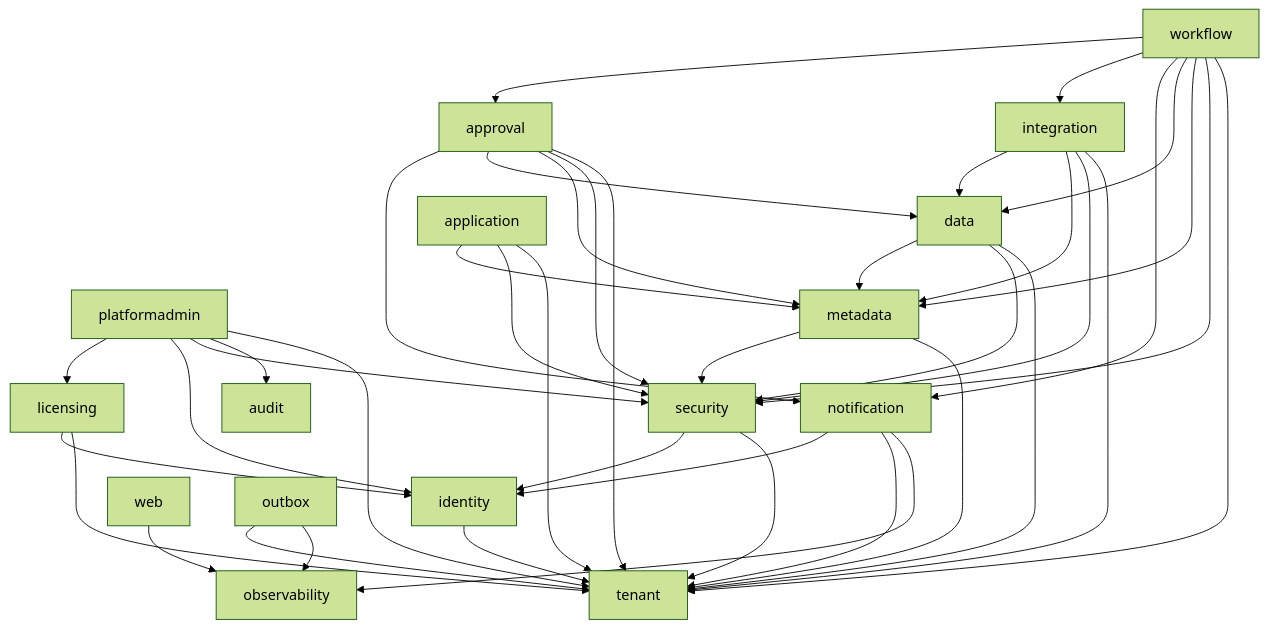
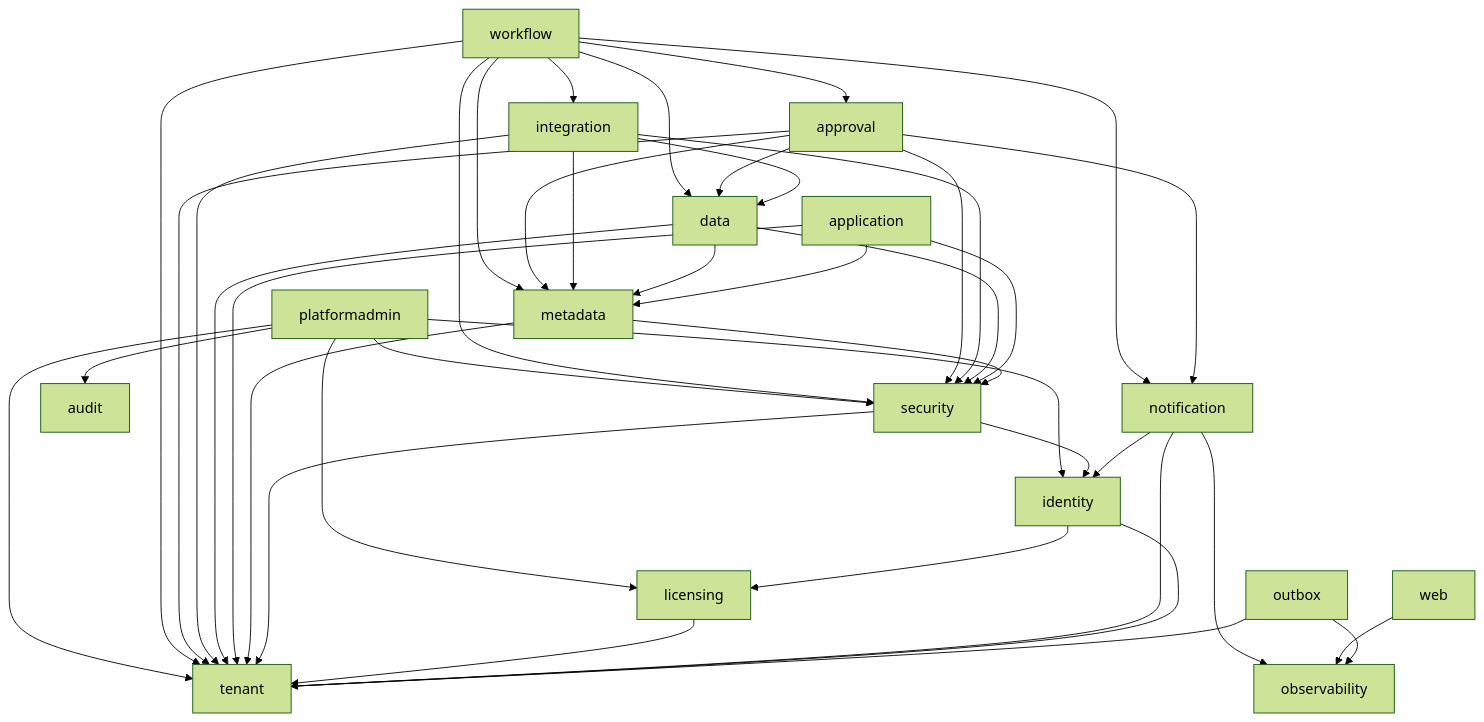
One commit to JKCloudbridge/SaaSJAVA changed the diagram in docs/modules.md. Above: the diagram before and after it, drawn with Mermaid (forest theme). The commit also changed other lines of this file and 161 other files, not shown here.

````diff
--- a/docs/modules.md
+++ b/docs/modules.md
@@ -30,16 +30,16 @@
 ```mermaid
 graph TD
   platformadmin --> licensing & identity & security & audit & tenant
   workflow --> approval & integration & notification & data & metadata & security & tenant
   approval --> notification & data & metadata & security & tenant
   integration --> data & metadata & security & tenant
   data --> metadata & security & tenant
   application --> metadata & security & tenant
   metadata --> security & tenant
   security --> identity & tenant
-  licensing --> identity & tenant
+  licensing --> tenant
   notification --> identity & tenant & observability
-  identity --> tenant
+  identity --> tenant & licensing
   web --> observability
   outbox --> tenant & observability
 ```
````
